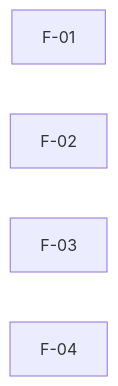
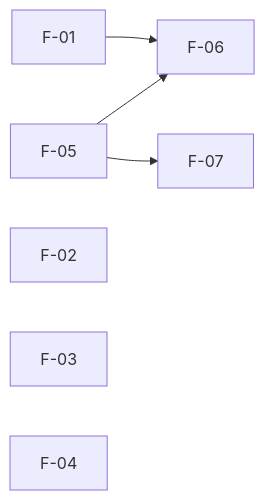
One commit to Comsterkar4/dai-chien-cho changed the diagram in docs/plan.md. Above: the diagram before and after it, drawn with Mermaid. The commit also changed other lines of this file and 5 other files, not shown here.

````diff
--- a/docs/plan.md
+++ b/docs/plan.md
@@ -68,7 +74,9 @@
 ```mermaid
 graph LR
-  F-01
+  F-01 --> F-06
+  F-05 --> F-06
+  F-05 --> F-07
   F-02
   F-03
   F-04
 ```
````
